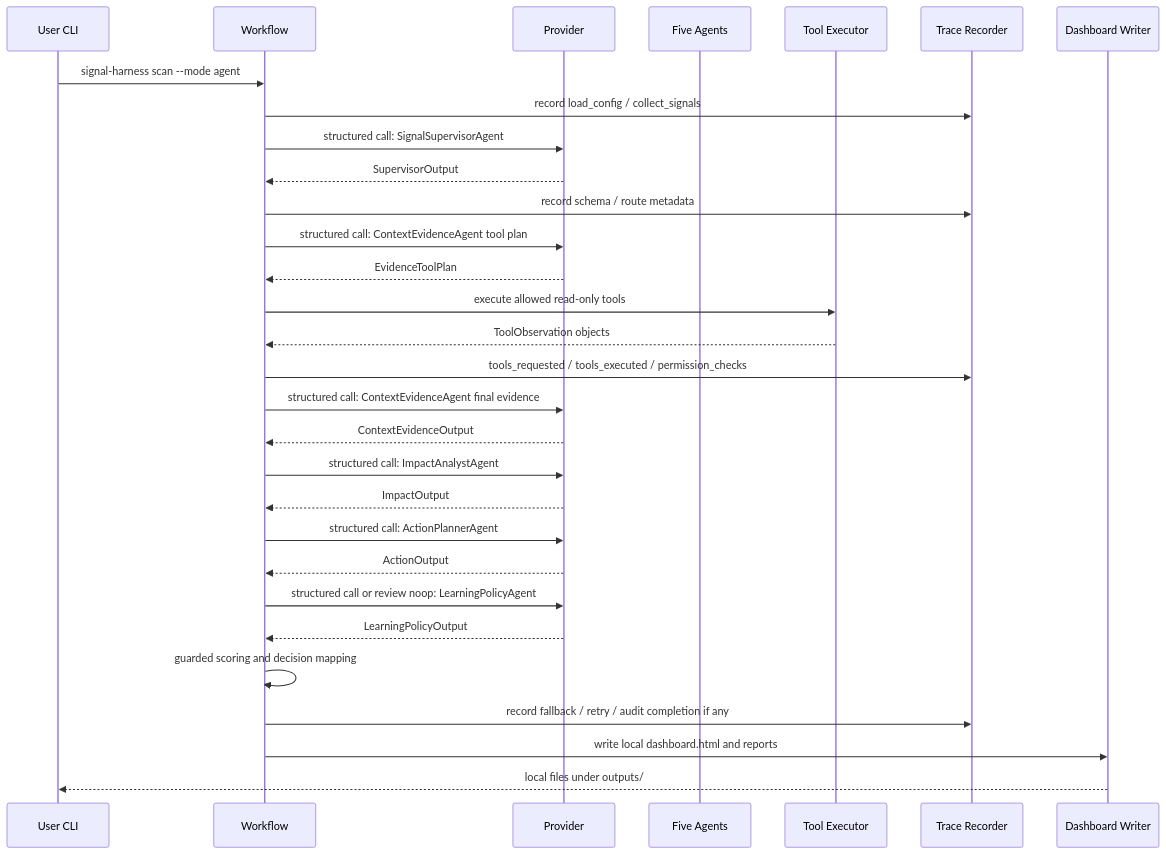
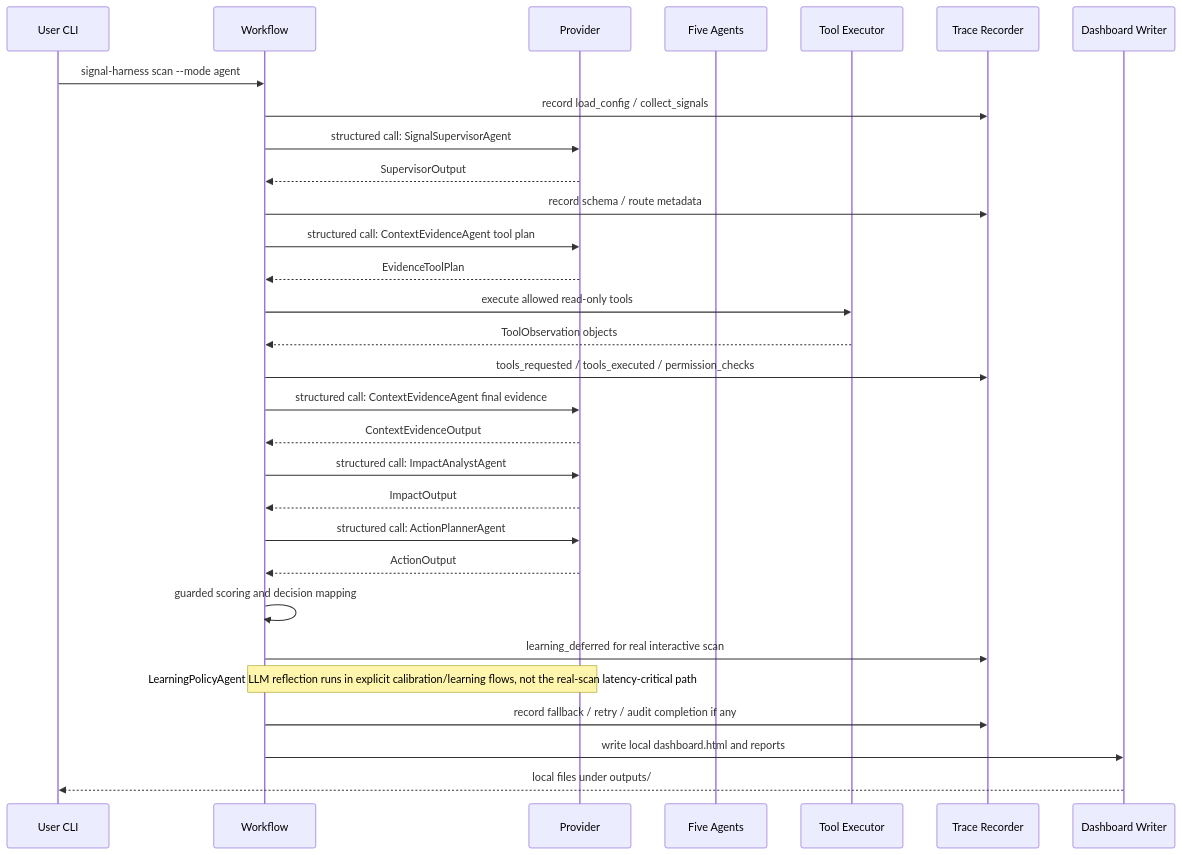
Before and after one commit to pocketvin/SignalHarness: the second of 2 diagrams in docs/ARCHITECTURE.md, drawn with Mermaid. The commit also changed other lines of this file and 32 other files, not shown here.

````diff
--- a/docs/ARCHITECTURE.md
+++ b/docs/ARCHITECTURE.md
@@ -38,33 +39,33 @@
 ```mermaid
 sequenceDiagram
     participant User as User CLI
     participant Workflow
     participant Provider
     participant Agents as Five Agents
     participant Tools as Tool Executor
     participant Trace as Trace Recorder
     participant Dashboard as Dashboard Writer
 
     User->>Workflow: signal-harness scan --mode agent
     Workflow->>Trace: record load_config / collect_signals
     Workflow->>Provider: structured call: SignalSupervisorAgent
     Provider-->>Workflow: SupervisorOutput
     Workflow->>Trace: record schema / route metadata
     Workflow->>Provider: structured call: ContextEvidenceAgent tool plan
     Provider-->>Workflow: EvidenceToolPlan
     Workflow->>Tools: execute allowed read-only tools
     Tools-->>Workflow: ToolObservation objects
     Workflow->>Trace: tools_requested / tools_executed / permission_checks
     Workflow->>Provider: structured call: ContextEvidenceAgent final evidence
     Provider-->>Workflow: ContextEvidenceOutput
     Workflow->>Provider: structured call: ImpactAnalystAgent
     Provider-->>Workflow: ImpactOutput
     Workflow->>Provider: structured call: ActionPlannerAgent
     Provider-->>Workflow: ActionOutput
-    Workflow->>Provider: structured call or review noop: LearningPolicyAgent
-    Provider-->>Workflow: LearningPolicyOutput
     Workflow->>Workflow: guarded scoring and decision mapping
+    Workflow->>Trace: learning_deferred for real interactive scan
+    Note over Workflow,Provider: LearningPolicyAgent LLM reflection runs in explicit calibration/learning flows, not the real-scan latency-critical path
     Workflow->>Trace: record fallback / retry / audit completion if any
     Workflow->>Dashboard: write local dashboard.html and reports
     Dashboard-->>User: local files under outputs/
 ```
````
